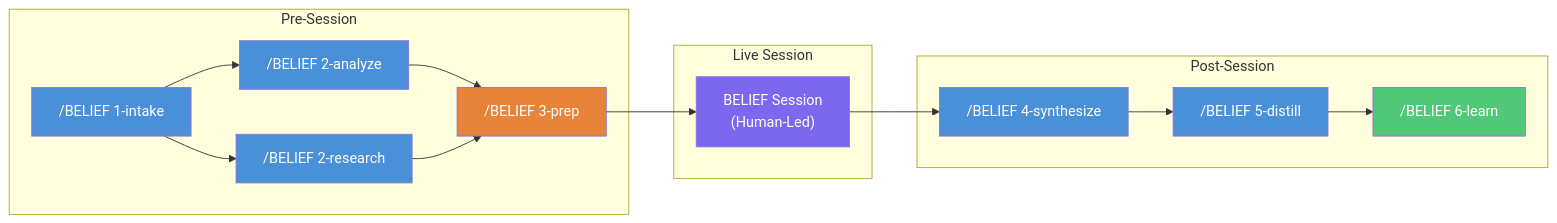
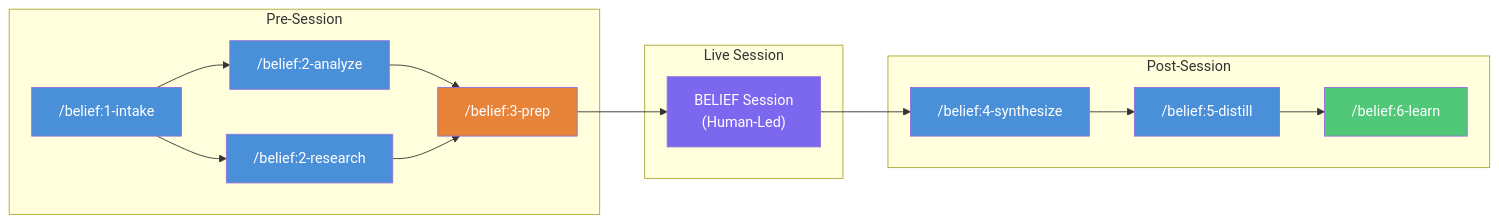
Before and after one commit to TheMikeFactoryMustGrow/belief-plugin: the first of 4 diagrams in docs/BELIEF-FLOW.md, drawn with Mermaid. The commit also changed other lines of this file and 15 other files, not shown here.

````diff
--- a/docs/BELIEF-FLOW.md
+++ b/docs/BELIEF-FLOW.md
@@ -5,37 +5,37 @@
 ```mermaid
 flowchart LR
     subgraph PRE["Pre-Session"]
-        intake["/BELIEF 1-intake"]
-        analyze["/BELIEF 2-analyze"]
-        research["/BELIEF 2-research"]
-        prep["/BELIEF 3-prep"]
+        intake["/belief:1-intake"]
+        analyze["/belief:2-analyze"]
+        research["/belief:2-research"]
+        prep["/belief:3-prep"]
     end
 
     subgraph SESSION["Live Session"]
         live["BELIEF Session\n(Human-Led)"]
     end
 
     subgraph POST["Post-Session"]
-        synthesize["/BELIEF 4-synthesize"]
-        distill["/BELIEF 5-distill"]
-        learn["/BELIEF 6-learn"]
+        synthesize["/belief:4-synthesize"]
+        distill["/belief:5-distill"]
+        learn["/belief:6-learn"]
     end
 
     intake --> analyze
     intake --> research
     analyze --> prep
     research --> prep
     prep --> live
     live --> synthesize
     synthesize --> distill
     distill --> learn
 
     style intake fill:#4A90D9,color:#fff
     style analyze fill:#4A90D9,color:#fff
     style research fill:#4A90D9,color:#fff
     style prep fill:#E8833A,color:#fff
     style live fill:#7B68EE,color:#fff
     style synthesize fill:#4A90D9,color:#fff
     style distill fill:#4A90D9,color:#fff
     style learn fill:#50C878,color:#fff
 ```
````
